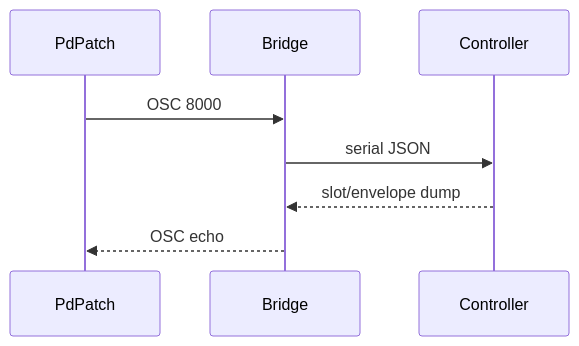
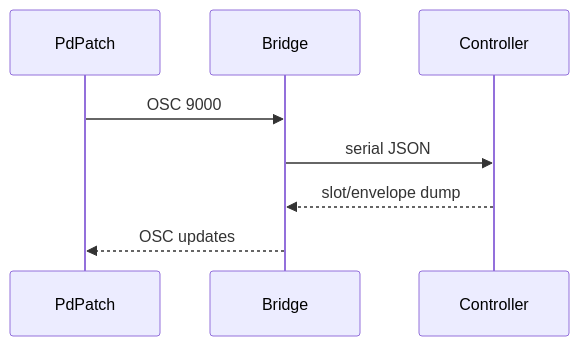
One commit to bseverns/MOARkNOBS-42 changed the diagram in docs/examples/puredata/README.md. Above: the diagram before and after it, drawn with Mermaid. The commit also changed other lines of this file and 33 other files, not shown here.

````diff
--- a/docs/examples/puredata/README.md
+++ b/docs/examples/puredata/README.md
@@ -6,10 +5,10 @@
 ```mermaid
 sequenceDiagram
     participant PdPatch
     participant Bridge
     participant Controller
-    PdPatch->>Bridge: OSC 8000
+    PdPatch->>Bridge: OSC 9000
     Bridge->>Controller: serial JSON
     Controller-->>Bridge: slot/envelope dump
-    Bridge-->>PdPatch: OSC echo
+    Bridge-->>PdPatch: OSC updates
 ```
````
